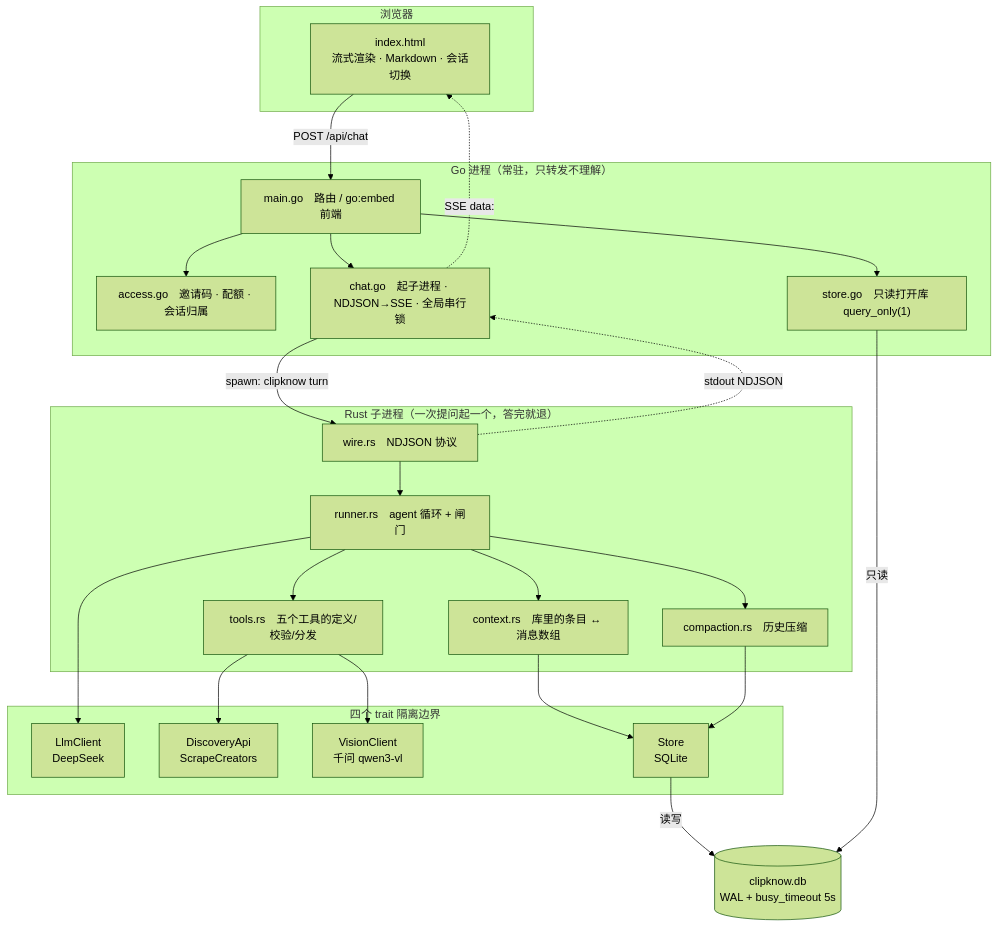
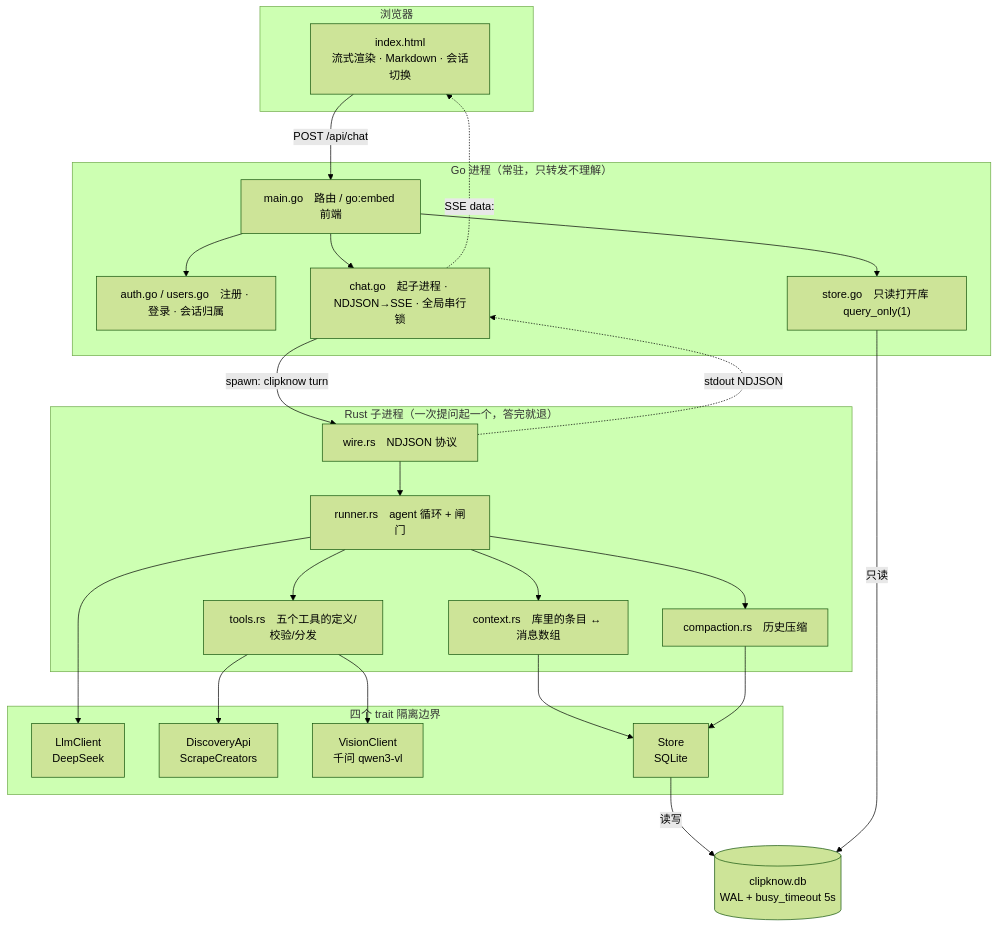
The diagram in README.md (hzroww/ClipKnow), drawn with Mermaid (forest theme) before and after one commit. The commit also changed other lines of this file and 14 other files, not shown here.

````diff
--- a/README.md
+++ b/README.md
@@ -24,49 +24,49 @@
 ```mermaid
 flowchart TB
     subgraph B["浏览器"]
         UI["index.html<br/>流式渲染 · Markdown · 会话切换"]
     end
 
     subgraph G["Go 进程（常驻，只转发不理解）"]
         RT["main.go　路由 / go:embed 前端"]
-        AC["access.go　邀请码 · 配额 · 会话归属"]
+        AC["auth.go / users.go　注册 · 登录 · 会话归属"]
         ST["store.go　只读打开库 query_only(1)"]
         CH["chat.go　起子进程 · NDJSON→SSE · 全局串行锁"]
     end
 
     subgraph R["Rust 子进程（一次提问起一个，答完就退）"]
         WI["wire.rs　NDJSON 协议"]
         RU["runner.rs　agent 循环 + 闸门"]
         CO["compaction.rs　历史压缩"]
         TO["tools.rs　五个工具的定义/校验/分发"]
         CX["context.rs　库里的条目 ↔ 消息数组"]
     end
 
     subgraph X["四个 trait 隔离边界"]
         LL["LlmClient<br/>DeepSeek"]
         DA["DiscoveryApi<br/>ScrapeCreators"]
         VC["VisionClient<br/>千问 qwen3-vl"]
         SS["Store<br/>SQLite"]
     end
 
     DB[("clipknow.db<br/>WAL + busy_timeout 5s")]
 
     UI -- "POST /api/chat" --> RT
     RT --> AC
     RT --> ST
     RT --> CH
     CH -- "spawn: clipknow turn" --> WI
     WI --> RU
     RU --> CO
     RU --> TO
     RU --> CX
     RU --> LL
     TO --> DA
     TO --> VC
     CX --> SS
     CO --> SS
     SS -- 读写 --> DB
     ST -- 只读 --> DB
     WI -. "stdout NDJSON" .-> CH
     CH -. "SSE data:" .-> UI
 ```
````
